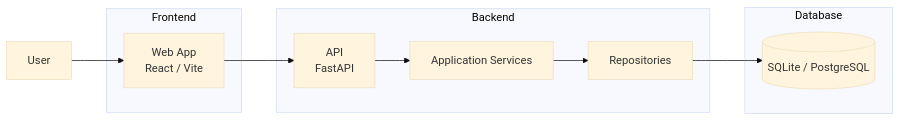
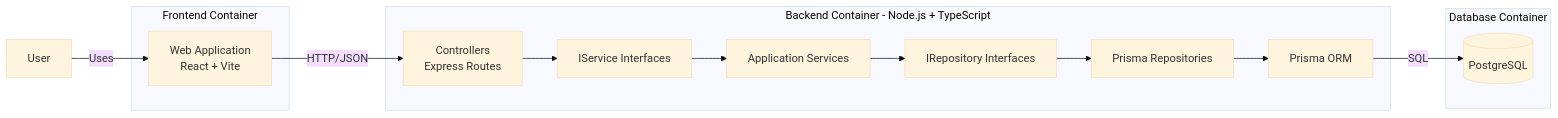
One commit to rubensrabelo/pomodoro-planner changed the diagram in docs/diagrams/architecture.md. Above: the diagram before and after it, drawn with Mermaid (base theme). The commit also changed 3 other files, not shown here.

````diff
--- a/docs/diagrams/architecture.md
+++ b/docs/diagrams/architecture.md
@@ -3,24 +3,38 @@
 ```mermaid
 flowchart LR
+    %% Person
     User[User]
 
-    subgraph Frontend
-        FE[Web App<br/>React / Vite]
+    %% Frontend
+    subgraph Frontend [Frontend Container]
+        FE[Web Application<br/>React + Vite]
     end
 
-    subgraph Backend
-        API[API<br/>FastAPI]
+    %% Backend
+    subgraph Backend [Backend Container - Node.js + TypeScript]
+        Controller[Controllers<br/>Express Routes]
+        IService[IService Interfaces]
         Service[Application Services]
-        Repo[Repositories]
+        IRepository[IRepository Interfaces]
+        Repository[Prisma Repositories]
+        Prisma[Prisma ORM]
     end
 
-    subgraph Database
-        DB[(SQLite / PostgreSQL)]
+    %% Database
+    subgraph Database [Database Container]
+        DB[(PostgreSQL)]
     end
 
-    User --> FE
-    FE --> API
-    API --> Service
-    Service --> Repo
-    Repo --> DB
+    %% Flow
+    User -->|Uses| FE
+    FE -->|HTTP/JSON| Controller
+
+    Controller --> IService
+    IService --> Service
+
+    Service --> IRepository
+    IRepository --> Repository
+
+    Repository --> Prisma
+    Prisma -->|SQL| DB
 ```
````
